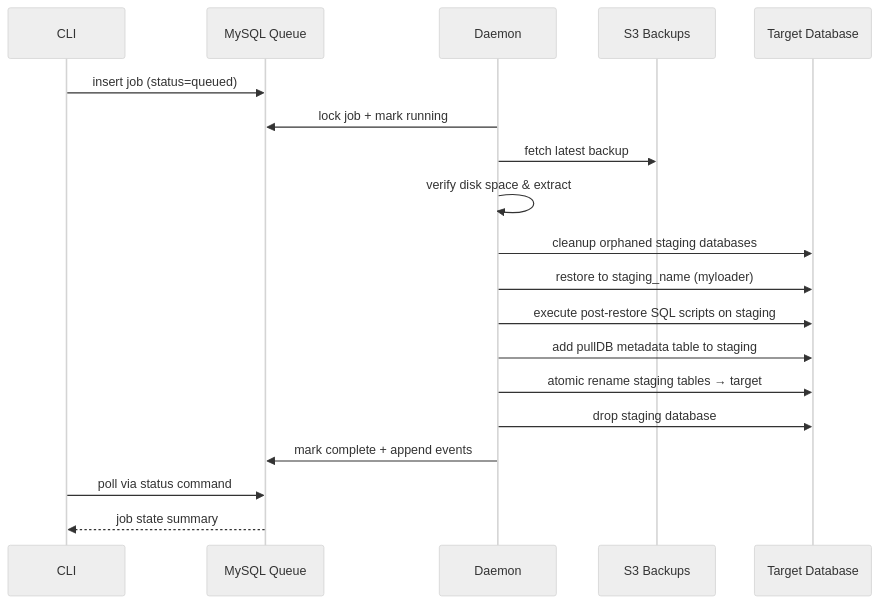
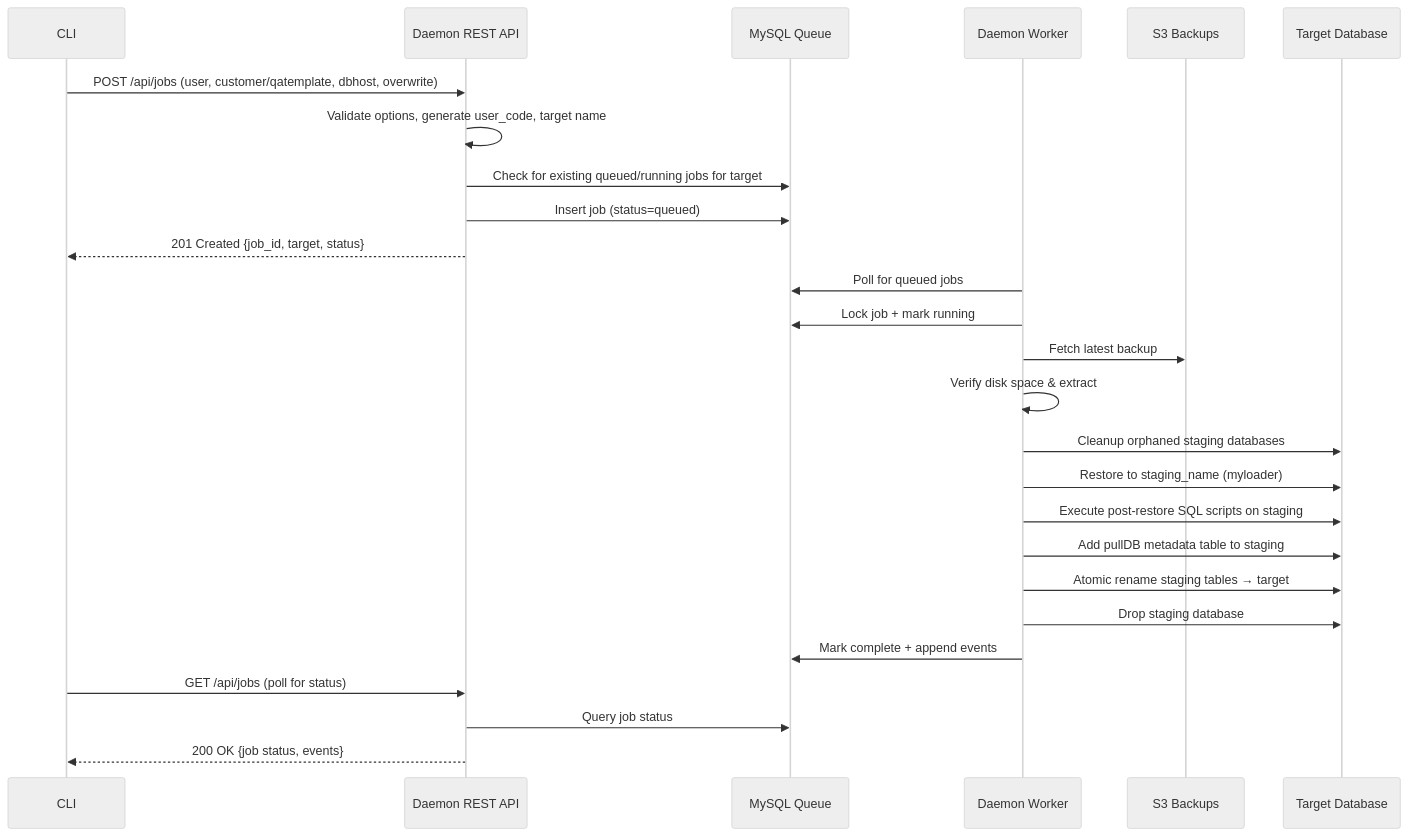
Before and after one commit to CharlesHandshy/pullDB: the sixth of 6 diagrams in README.md, drawn with Mermaid (neutral theme). The commit also changed other lines of this file and 27 other files, not shown here.

````diff
--- a/README.md
+++ b/README.md
@@ -393,21 +409,28 @@
 ```mermaid
 sequenceDiagram
   participant CLI as CLI
+  participant API as Daemon REST API
   participant DB as MySQL Queue
-  participant D as Daemon
+  participant W as Daemon Worker
   participant S3 as S3 Backups
   participant DevDB as Target Database
-  CLI->>DB: insert job (status=queued)
-  D->>DB: lock job + mark running
-  D->>S3: fetch latest backup
-  D->>D: verify disk space & extract
-  D->>DevDB: cleanup orphaned staging databases
-  D->>DevDB: restore to staging_name (myloader)
-  D->>DevDB: execute post-restore SQL scripts on staging
-  D->>DevDB: add pullDB metadata table to staging
-  D->>DevDB: atomic rename staging tables → target
-  D->>DevDB: drop staging database
-  D->>DB: mark complete + append events
-  CLI->>DB: poll via status command
-  DB-->>CLI: job state summary
+  CLI->>API: POST /api/jobs (user, customer/qatemplate, dbhost, overwrite)
+  API->>API: Validate options, generate user_code, target name
+  API->>DB: Check for existing queued/running jobs for target
+  API->>DB: Insert job (status=queued)
+  API-->>CLI: 201 Created {job_id, target, status}
+  W->>DB: Poll for queued jobs
+  W->>DB: Lock job + mark running
+  W->>S3: Fetch latest backup
+  W->>W: Verify disk space & extract
+  W->>DevDB: Cleanup orphaned staging databases
+  W->>DevDB: Restore to staging_name (myloader)
+  W->>DevDB: Execute post-restore SQL scripts on staging
+  W->>DevDB: Add pullDB metadata table to staging
+  W->>DevDB: Atomic rename staging tables → target
+  W->>DevDB: Drop staging database
+  W->>DB: Mark complete + append events
+  CLI->>API: GET /api/jobs (poll for status)
+  API->>DB: Query job status
+  API-->>CLI: 200 OK {job status, events}
 ```
````
